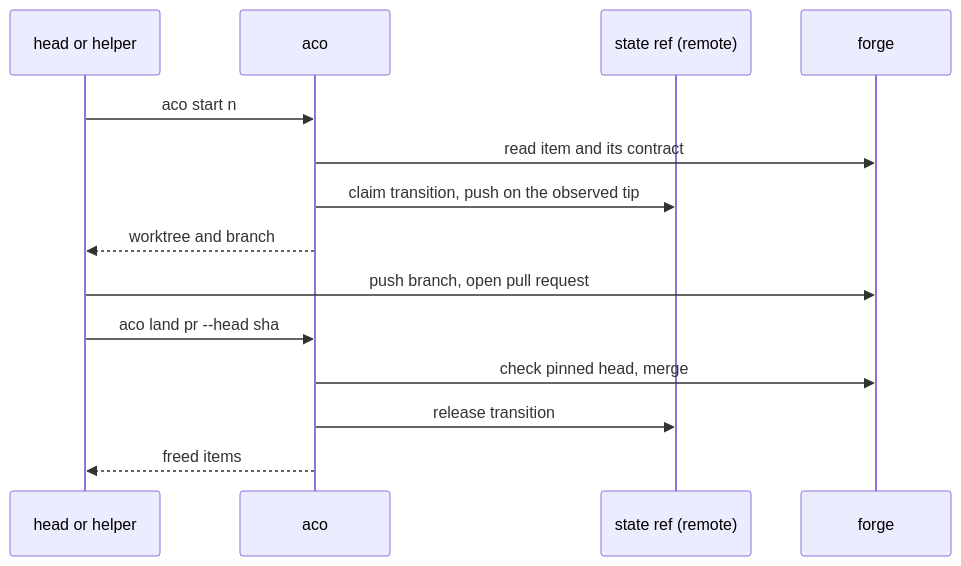
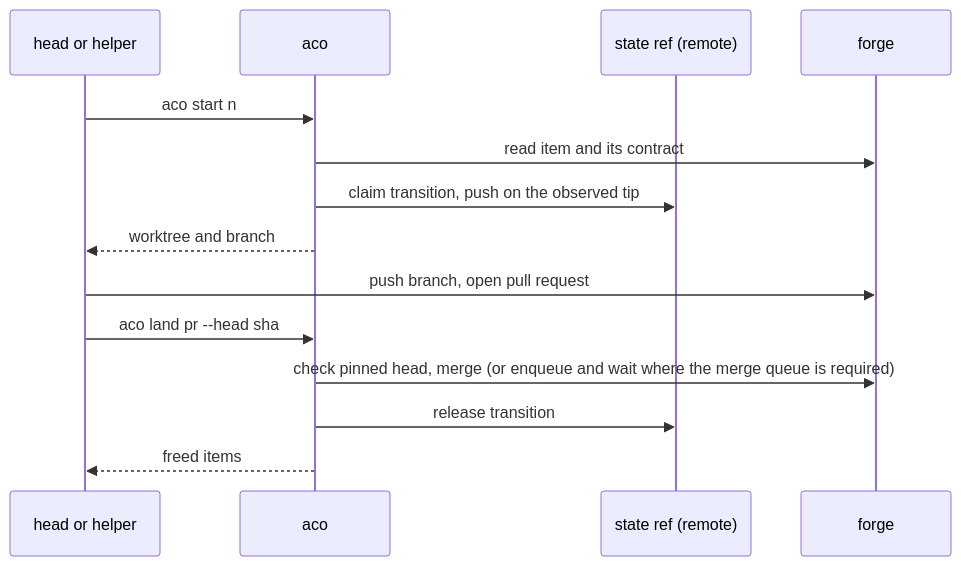
The third of 3 diagrams in docs/ARCHITECTURE.md (overnightworks/aco), drawn with Mermaid before and after one commit. The commit also changed 13 other files, not shown here.

First line of the commit message:
Land through the merge queue where the default branch requires one (#790)

````diff
--- a/docs/ARCHITECTURE.md
+++ b/docs/ARCHITECTURE.md
@@ -90,16 +90,16 @@
 ```mermaid
 sequenceDiagram
     participant H as head or helper
     participant A as aco
     participant R as state ref (remote)
     participant F as forge
     H->>A: aco start n
     A->>F: read item and its contract
     A->>R: claim transition, push on the observed tip
     A-->>H: worktree and branch
     H->>F: push branch, open pull request
     H->>A: aco land pr --head sha
-    A->>F: check pinned head, merge
+    A->>F: check pinned head, merge (or enqueue and wait where the merge queue is required)
     A->>R: release transition
     A-->>H: freed items
 ```
````
